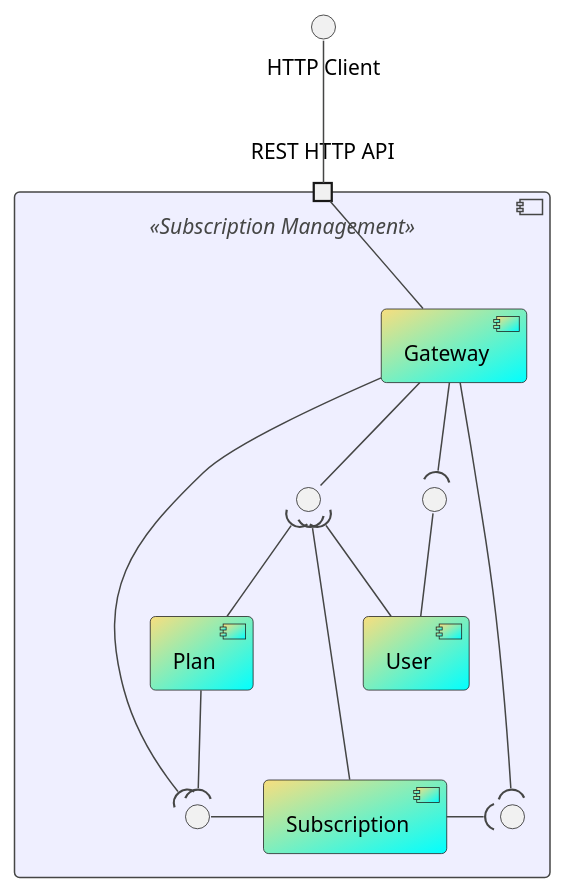
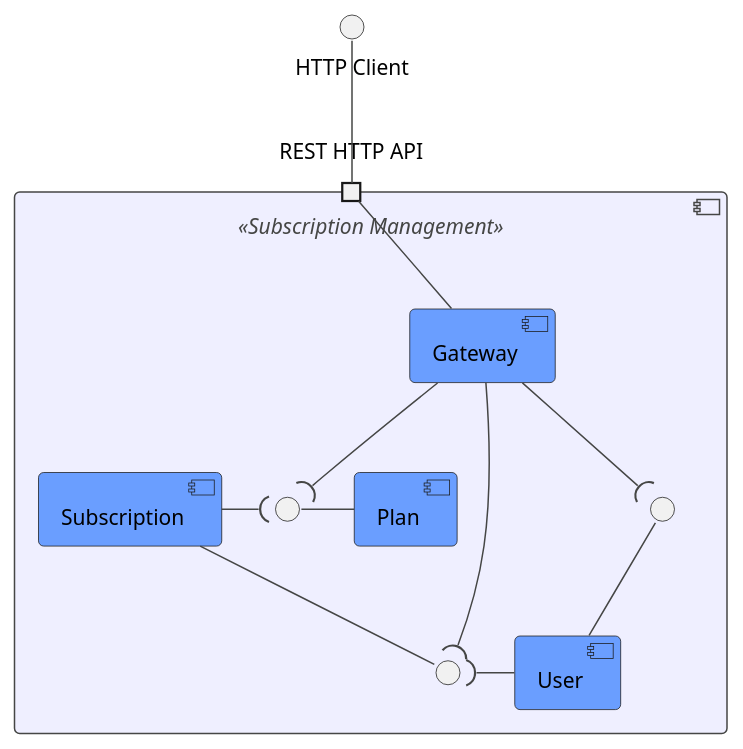
Before and after one commit to tam65r/protobuf-in-REST-aplication: the diagram in protobuf-project/docs/CD-N2v3.puml, drawn with PlantUML. The commit also changed 8 other files, not shown here.

Commit message:
atualizaões de diagramas

```diff
--- a/protobuf-project/docs/CD-N2v3.puml
+++ b/protobuf-project/docs/CD-N2v3.puml
@@ -1,55 +1,55 @@
 @startuml
 'https://plantuml.com/component-diagram
 !theme toy
 
 skinparam backgroundColor Transparent
-skinparam componentBackgroundColor MOTIVATION
+skinparam componentBackgroundColor #6A9EFF
+
+skinparam component {
+    backgroundColor<<Subscription Management>> MOTIVATION
+}
+
+
 component " " <<Subscription Management>> {
-    portin "REST HTTP API"  as apiP
+    port "REST HTTP API"  as apiP
 
-    component "Gateway" as gw #F8DE7E/00FFFF
-    component "Plan" as plans #F8DE7E/00FFFF
-    component "Subscription" as subscriptions #F8DE7E/00FFFF
-    component "User" as users #F8DE7E/00FFFF
+    component "Gateway" as gw 
+    component "Plan" as plans 
+    component "Subscription" as subscriptions 
+    component "User" as users
 
 
 
-    interface " " as inter1
-    interface " " as inter2
-    interface " " as inter3
+    interface " " as interP
+    interface " " as interU
+    interface " " as interS
 
-    interface " " as gwInter
+    
 }
 
 interface "HTTP Client" as HTTPa
 
-apiP -down- gw
-
 apiP -up- HTTPa
 
-plans  -down-( inter1
 
+gw -up- apiP
+
+plans -left- interP
+subscriptions -up- interS
+users-up- interU
+
+gw  -down-( interP
+gw  -down-( interU
+gw  -down-( interS
+
+subscriptions -right[hidden]- users
+subscriptions -right[hidden]- plans
+
+gw -down[hidden]- users
 gw -down[hidden]- plans
-users -left[hidden]- plans
-users -right[hidden]- subscriptions
+gw -down[hidden]- subscriptions
 
-subscriptions -right-( inter2
-
-subscriptions -left- inter1
-
-
-
-users -up- inter3
-
-gw -down- gwInter
-
-plans -up-( gwInter
-subscriptions -up-( gwInter
-users -up-( gwInter
-
-gw -(inter1
-gw -(inter2
-gw -(inter3
-
+users -( interS
+subscriptions -( interP
 
 @enduml
```
